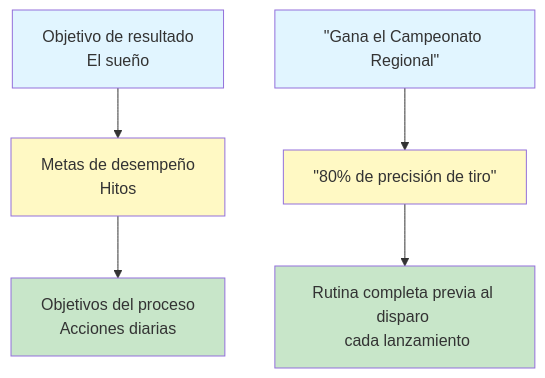
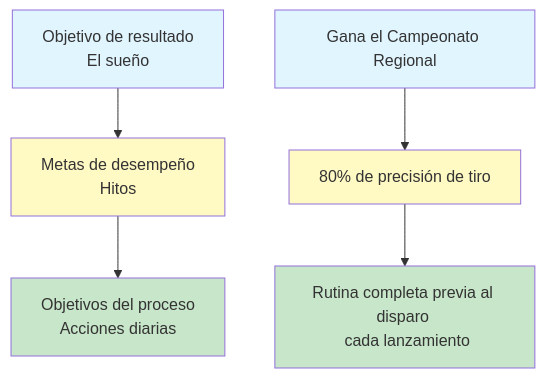
Before and after one commit to patwii/petanque-academy: the diagram in docs/es/education/goals/index.md, drawn with Mermaid. The commit also changed 8 other files, not shown here.

````diff
--- a/docs/es/education/goals/index.md
+++ b/docs/es/education/goals/index.md
@@ -42,15 +42,15 @@
 ```mermaid
 graph TD
     A[Objetivo de resultado <br/> El sueño] --> B[Metas de desempeño <br/> Hitos]
     B --> C[Objetivos del proceso <br/> Acciones diarias]
 
-    A2[&quot;Gana el Campeonato Regional&quot;] --> B2[&quot;80% de precisión de tiro&quot;]
-    B2 --> C2[&quot;Rutina completa previa al disparo <br/> cada lanzamiento&quot;]
+    A2["Gana el Campeonato Regional"] --> B2["80% de precisión de tiro"]
+    B2 --> C2["Rutina completa previa al disparo <br/> cada lanzamiento"]
 
     style A fill:#e1f5ff
     style B fill:#fff9c4
     style C fill:#c8e6c9
     style A2 fill:#e1f5ff
     style B2 fill:#fff9c4
     style C2 fill:#c8e6c9
 ```
````
